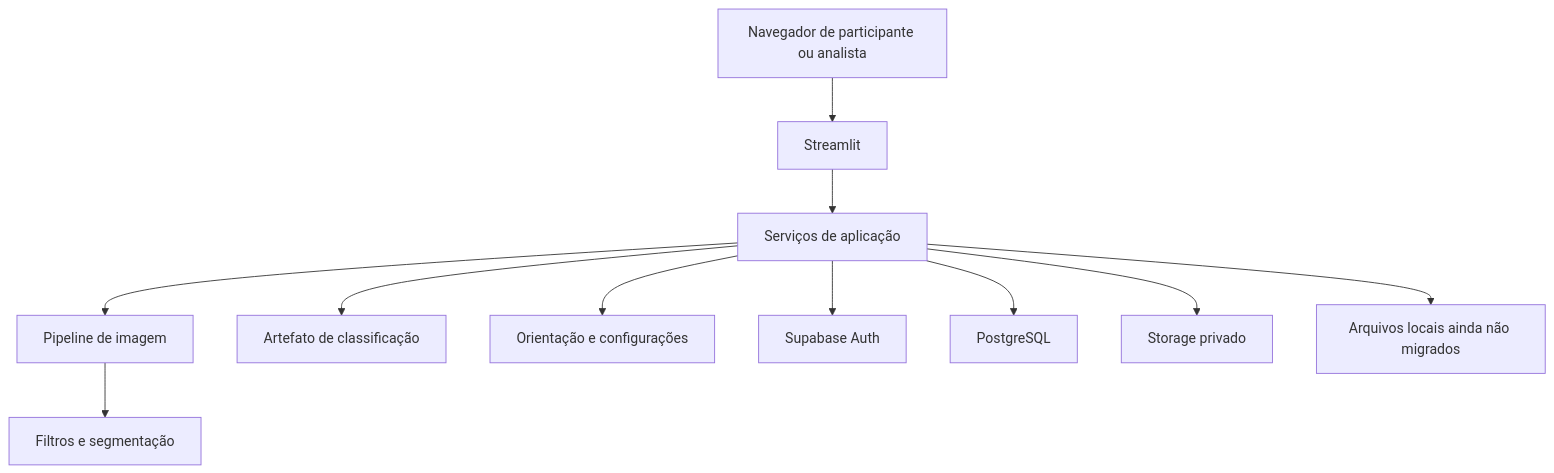
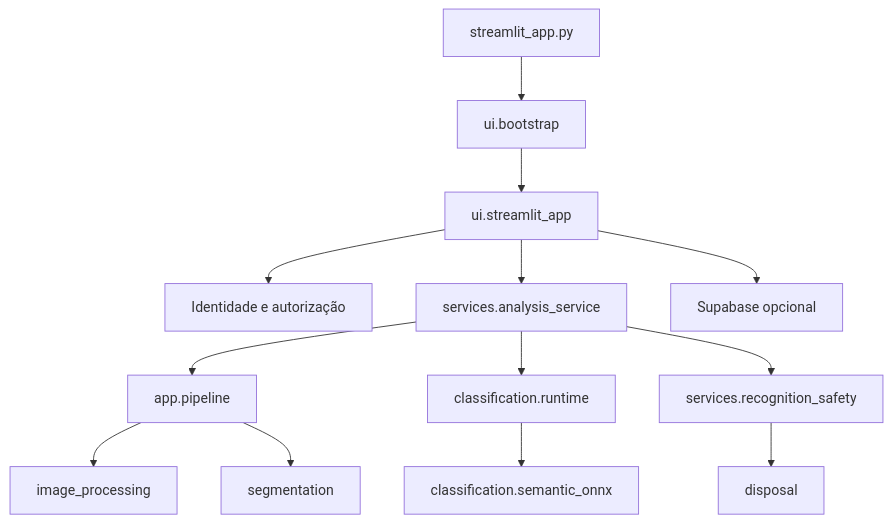
The diagram in docs/arquitetura_atual.md (Gabrielhamad/ecoscan), drawn with Mermaid before and after one commit. The commit also changed other lines of this file and 205 other files, not shown here.

````diff
--- a/docs/arquitetura_atual.md
+++ b/docs/arquitetura_atual.md
@@ -12,13 +7,15 @@
 ```mermaid
 flowchart TD
-    U[Navegador de participante ou analista] --> UI[Streamlit]
-    UI --> S[Serviços de aplicação]
-    S --> P[Pipeline de imagem]
-    P --> F[Filtros e segmentação]
-    S --> M[Artefato de classificação]
-    S --> G[Orientação e configurações]
-    S --> A[Supabase Auth]
-    S --> DB[PostgreSQL]
-    S --> B[Storage privado]
-    S --> L[Arquivos locais ainda não migrados]
+    ENTRY[streamlit_app.py] --> BOOT[ui.bootstrap]
+    BOOT --> UI[ui.streamlit_app]
+    UI --> ID[Identidade e autorização]
+    UI --> ANALYSIS[services.analysis_service]
+    ANALYSIS --> PIPE[app.pipeline]
+    PIPE --> IMAGE[image_processing]
+    PIPE --> SEG[segmentation]
+    ANALYSIS --> RUNTIME[classification.runtime]
+    RUNTIME --> ONNX[classification.semantic_onnx]
+    ANALYSIS --> SAFE[services.recognition_safety]
+    SAFE --> DISPOSAL[disposal]
+    UI --> STORE[Supabase opcional]
 ```
````
